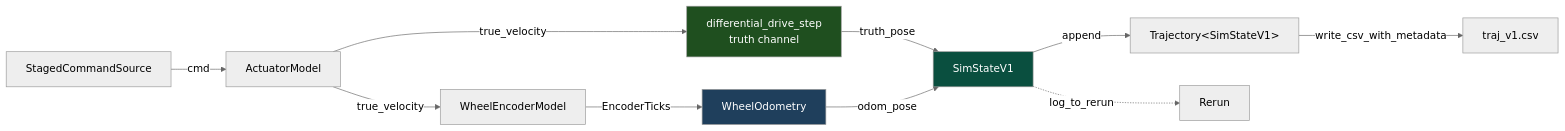
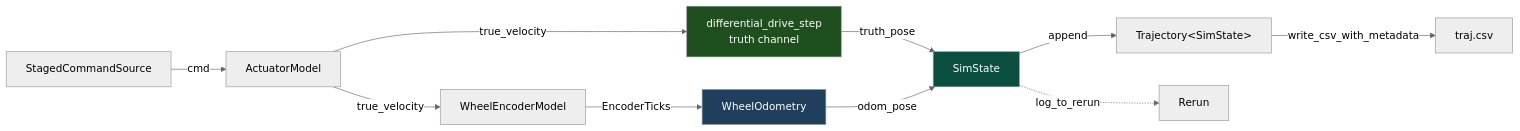
One commit to xinlei-robotics/MiniNav changed the first of 2 diagrams in README.md. Above: the diagram before and after it, drawn with Mermaid (neutral theme). The commit also changed other lines of this file and 45 other files, not shown here.

````diff
--- a/README.md
+++ b/README.md
@@ -148,16 +148,16 @@
 ```mermaid
 graph LR
     cmd[StagedCommandSource] -->|cmd| actuator[ActuatorModel]
     actuator -->|true_velocity| truth["differential_drive_step<br/>truth channel"]
     actuator -->|true_velocity| encoder[WheelEncoderModel]
-    truth -->|truth_pose| state[SimStateV1]
+    truth -->|truth_pose| state[SimState]
     encoder -->|EncoderTicks| odometry[WheelOdometry]
     odometry -->|odom_pose| state
-    state -->|append| traj["Trajectory&lt;SimStateV1&gt;"]
+    state -->|append| traj["Trajectory&lt;SimState&gt;"]
     state -.->|log_to_rerun| rerun[Rerun]
-    traj -->|write_csv_with_metadata| csv[traj_v1.csv]
+    traj -->|write_csv_with_metadata| csv[traj.csv]
 
     style state fill:#0a4f3f,color:#fff
     style truth fill:#1f4f1f,color:#fff
     style odometry fill:#1f3f5c,color:#fff
 ```
````
